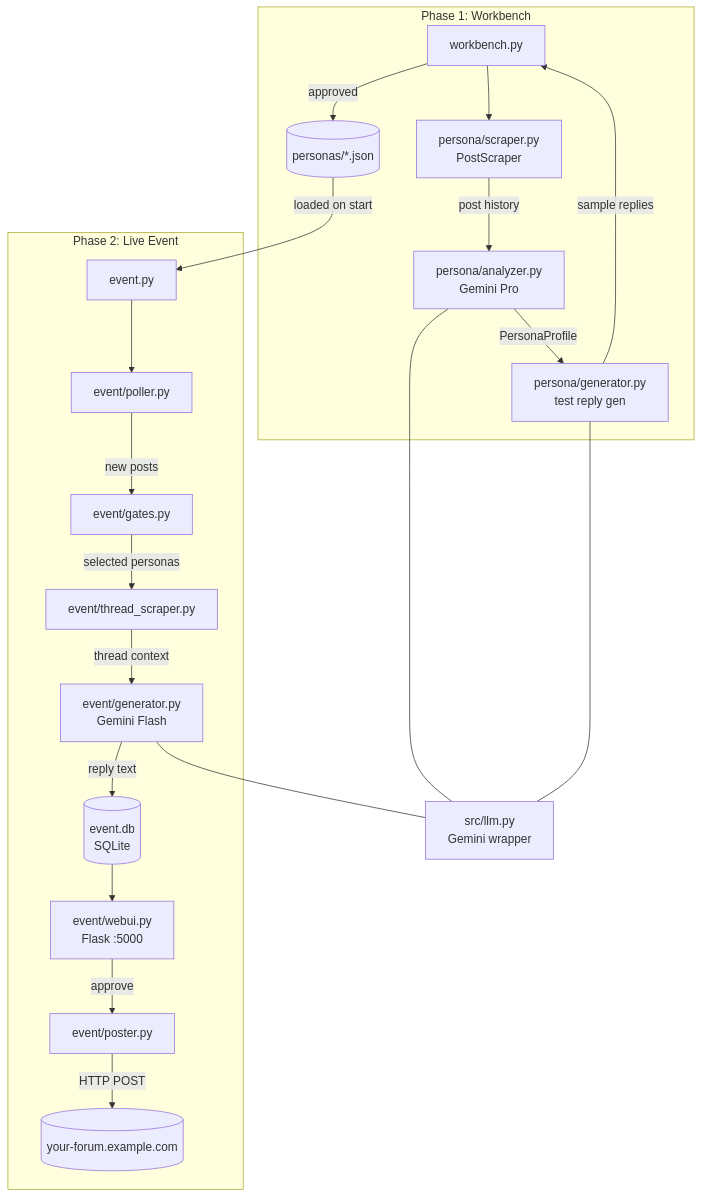
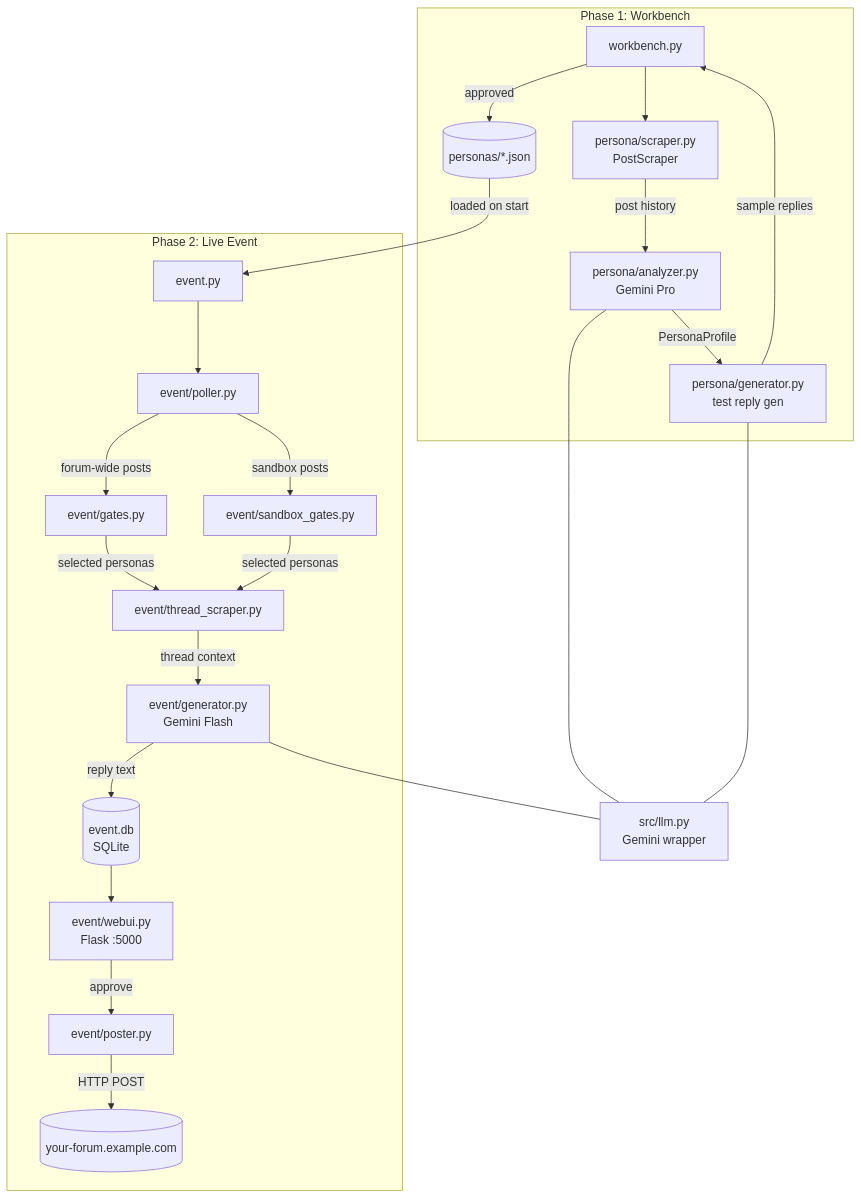
One commit to bavobbr/forum-community-simulator changed the first of 4 diagrams in README.md. Above: the diagram before and after it, drawn with Mermaid. The commit also changed other lines of this file and 4 other files, not shown here.

First line of the commit message:
fix: add BBCode quote trigger to sandbox_gates; sync all docs

````diff
--- a/README.md
+++ b/README.md
@@ -25,42 +29,45 @@
 ```mermaid
 graph TD
     subgraph wb["Phase 1: Workbench"]
         WB[workbench.py]
         PS["persona/scraper.py\nPostScraper"]
         PA["persona/analyzer.py\nGemini Pro"]
         PG["persona/generator.py\ntest reply gen"]
         PJ[("personas/*.json")]
 
         WB --> PS
         PS -->|post history| PA
         PA -->|PersonaProfile| PG
         PG -->|sample replies| WB
         WB -->|approved| PJ
     end
 
     subgraph ev["Phase 2: Live Event"]
         EV[event.py]
         PO[event/poller.py]
         GT[event/gates.py]
+        SG[event/sandbox_gates.py]
         TS[event/thread_scraper.py]
         EG["event/generator.py\nGemini Flash"]
         DB[("event.db\nSQLite")]
         WUI["event/webui.py\nFlask :5000"]
         PTR[event/poster.py]
 
         EV --> PO
-        PO -->|new posts| GT
+        PO -->|forum-wide posts| GT
+        PO -->|sandbox posts| SG
         GT -->|selected personas| TS
+        SG -->|selected personas| TS
         TS -->|thread context| EG
         EG -->|reply text| DB
         DB --> WUI
         WUI -->|approve| PTR
         PTR -->|HTTP POST| Forum[("your-forum.example.com")]
     end
 
     PJ -->|loaded on start| EV
     LLM["src/llm.py\nGemini wrapper"]
     PA --- LLM
     PG --- LLM
     EG --- LLM
 ```
````
